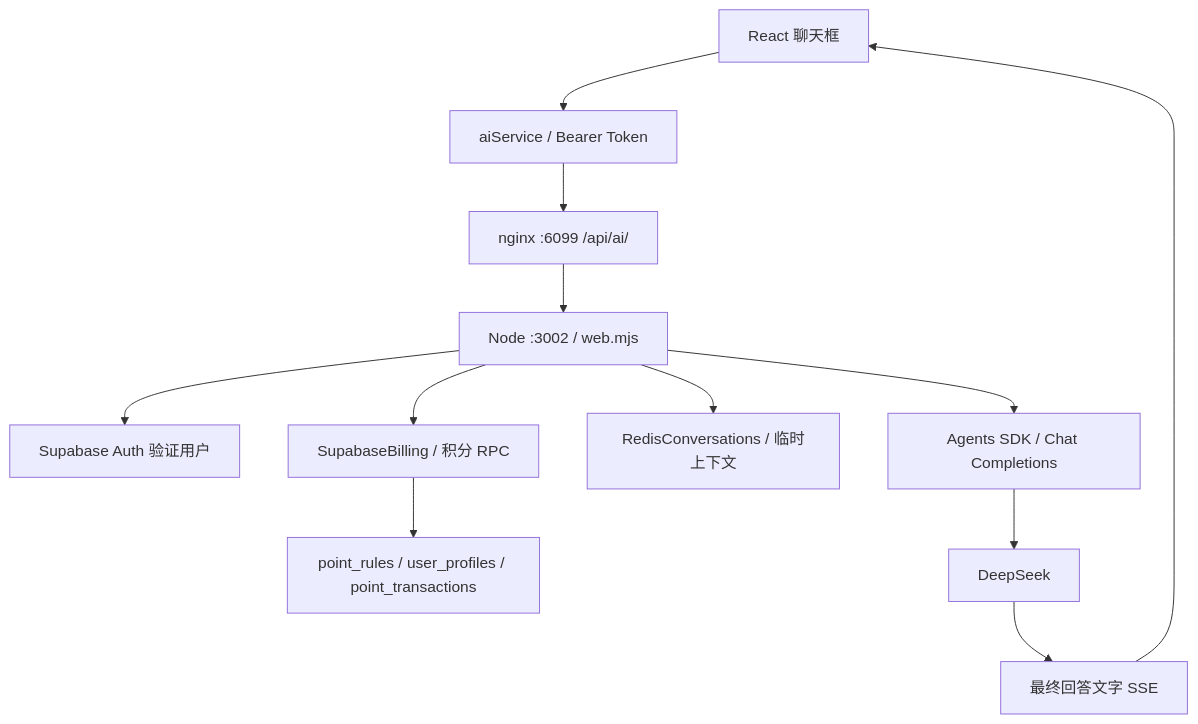
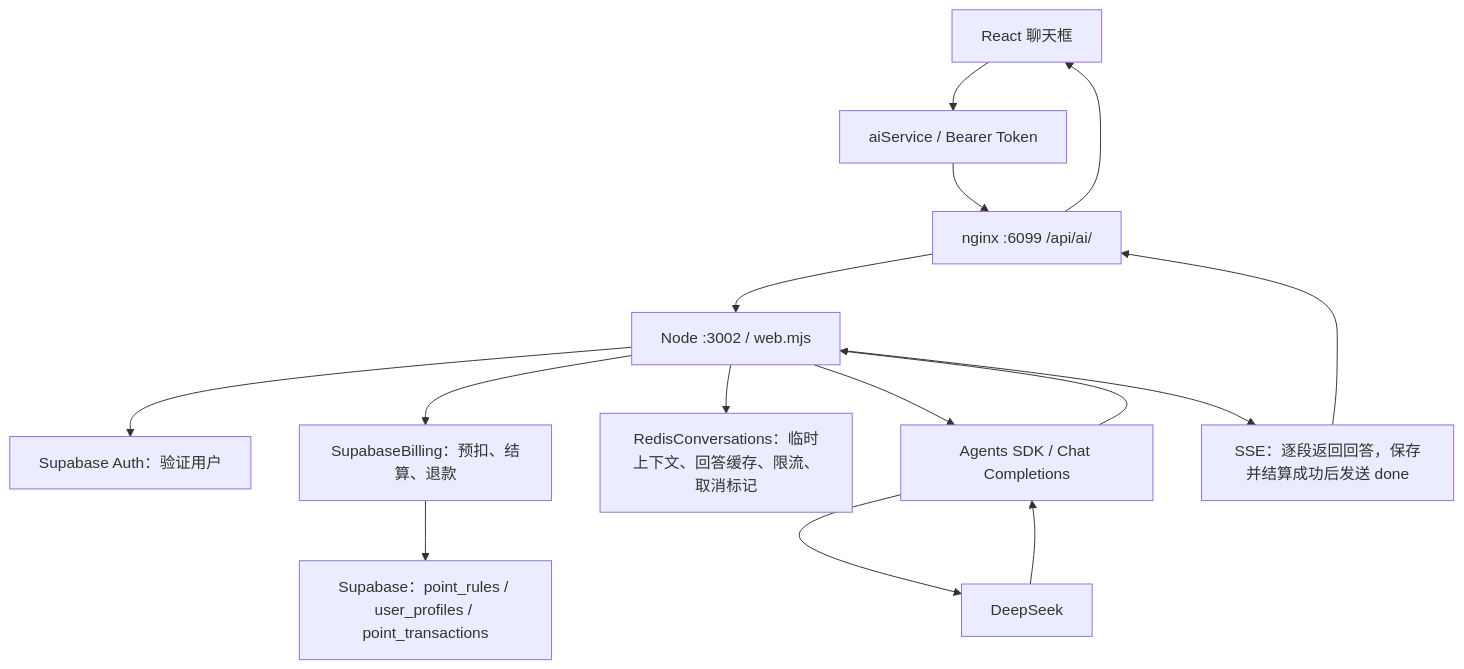
One commit to terribde/huoshui3.0 changed the diagram in docs/ai-agent-development.md. Above: the diagram before and after it, drawn with Mermaid. The commit also changed other lines of this file, not shown here.

Commit message:
docs(ai): fix the architecture diagram and the frontend build step
Use graph TD with quoted labels so the diagram renders, show that the model
response returns through the agent before the SSE stream leaves the service,
spell out what each Redis key group holds, and state that point balances and
ledger entries live in Supabase rather than Redis.

Also correct the frontend release instruction: use build:cache so the teacher
and timetable cache API is definitely enabled, note that plain build depends
on the environment variables, and record that both builds reach the AI backend
through /api/ai regardless of that choice.

````diff
--- a/docs/ai-agent-development.md
+++ b/docs/ai-agent-development.md
@@ -15,14 +15,17 @@
 ```mermaid
-flowchart TD
-    UI[React 聊天框] --> Client[aiService / Bearer Token]
-    Client --> Nginx[nginx :6099 /api/ai/]
-    Nginx --> Web[Node :3002 / web.mjs]
-    Web --> Auth[Supabase Auth 验证用户]
-    Web --> Billing[SupabaseBilling / 积分 RPC]
-    Billing --> DB[point_rules / user_profiles / point_transactions]
-    Web --> Cache[RedisConversations / 临时上下文]
-    Web --> Agent[Agents SDK / Chat Completions]
-    Agent --> Model[DeepSeek]
-    Model --> SSE[最终回答文字 SSE]
-    SSE --> UI
+graph TD
+    UI["React 聊天框"] --> Client["aiService / Bearer Token"]
+    Client --> Nginx["nginx :6099 /api/ai/"]
+    Nginx --> Web["Node :3002 / web.mjs"]
+    Web --> Auth["Supabase Auth：验证用户"]
+    Web --> Billing["SupabaseBilling：预扣、结算、退款"]
+    Billing --> DB["Supabase：point_rules / user_profiles / point_transactions"]
+    Web --> Cache["RedisConversations：临时上下文、回答缓存、限流、取消标记"]
+    Web --> Agent["Agents SDK / Chat Completions"]
+    Agent --> Model["DeepSeek"]
+    Model --> Agent
+    Agent --> Web
+    Web --> SSE["SSE：逐段返回回答，保存并结算成功后发送 done"]
+    SSE --> Nginx
+    Nginx --> UI
 ```
````
